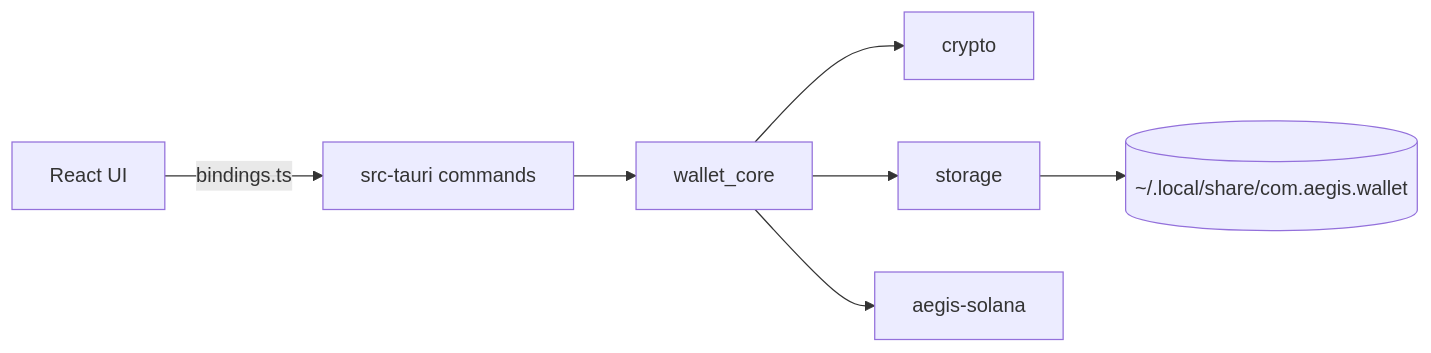
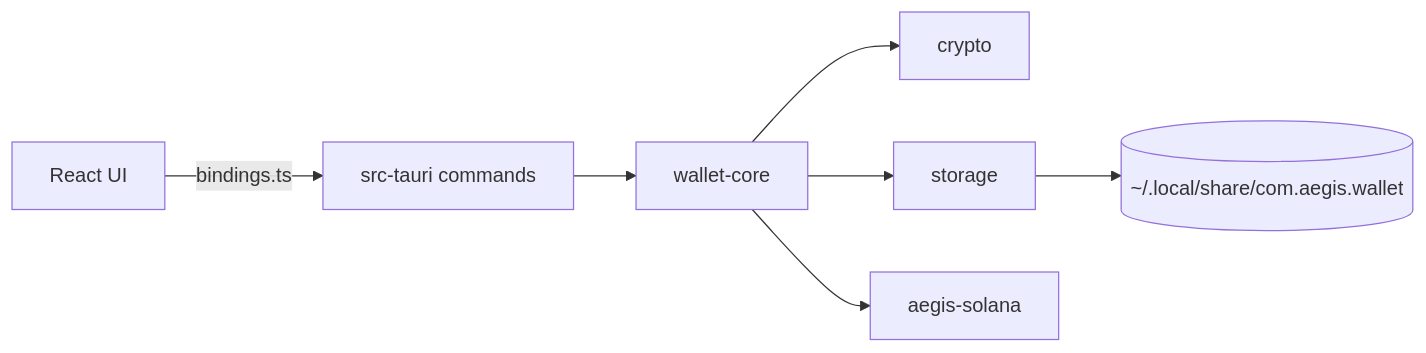
One commit to antonpiat/taurvia changed the second of 2 diagrams in README.md. Above: the diagram before and after it, drawn with Mermaid. The commit also changed other lines of this file and 15 other files, not shown here.

````diff
--- a/README.md
+++ b/README.md
@@ -125,9 +125,9 @@
 ```mermaid
 flowchart LR
   UI["React UI"] -->|bindings.ts| Shell["src-tauri commands"]
-  Shell --> WC["wallet_core"]
+  Shell --> WC["wallet-core"]
   WC --> CRYPTO["crypto"]
   WC --> STORE["storage"]
   WC --> SOL["aegis-solana"]
   STORE --> DISK[("~/.local/share/com.aegis.wallet")]
 ```
````
